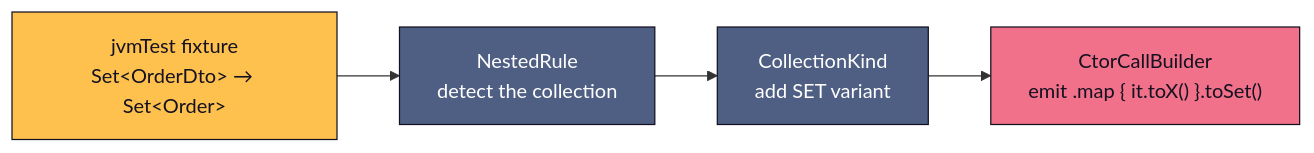
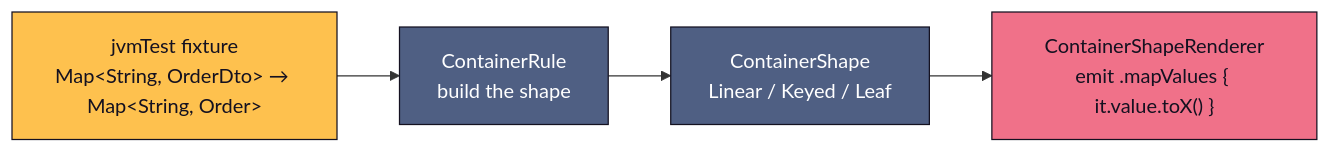
Before and after one commit to blu3berry-why/Kraft: the diagram in docs/developer-guide/contributing.md, drawn with Mermaid. The commit also changed other lines of this file and 59 other files, not shown here.

First line of the commit message:
feat(collections): Map, more collection types and nesting to any depth (#120)

````diff
--- a/docs/developer-guide/contributing.md
+++ b/docs/developer-guide/contributing.md
@@ -19,13 +26,13 @@
 ```mermaid
 flowchart LR
-    T["<span style='color:#141120'>jvmTest fixture<br/>Set&lt;OrderDto&gt; → Set&lt;Order&gt;</span>"] --> N["<span style='color:#f4f0e6'>NestedRule<br/>detect the collection</span>"]
-    N --> CK["<span style='color:#f4f0e6'>CollectionKind<br/>add SET variant</span>"]
-    CK --> CB["<span style='color:#f4f0e6'>CtorCallBuilder<br/>emit .map { it.toX() }.toSet()</span>"]
+    T["<span style='color:#141120'>jvmTest fixture<br/>Map&lt;String, OrderDto&gt; → Map&lt;String, Order&gt;</span>"] --> N["<span style='color:#f4f0e6'>ContainerRule<br/>build the shape</span>"]
+    N --> CK["<span style='color:#f4f0e6'>ContainerShape<br/>Linear / Keyed / Leaf</span>"]
+    CK --> CB["<span style='color:#f4f0e6'>ContainerShapeRenderer<br/>emit .mapValues { it.value.toX() }</span>"]
 
     classDef anno fill:#fec14e,stroke:#141120,color:#141120
     classDef scan fill:#4f5f83,stroke:#141120,color:#ffffff
     classDef gen fill:#f07189,stroke:#141120,color:#141120
     class T anno
     class N,CK scan
     class CB gen
 ```
````
